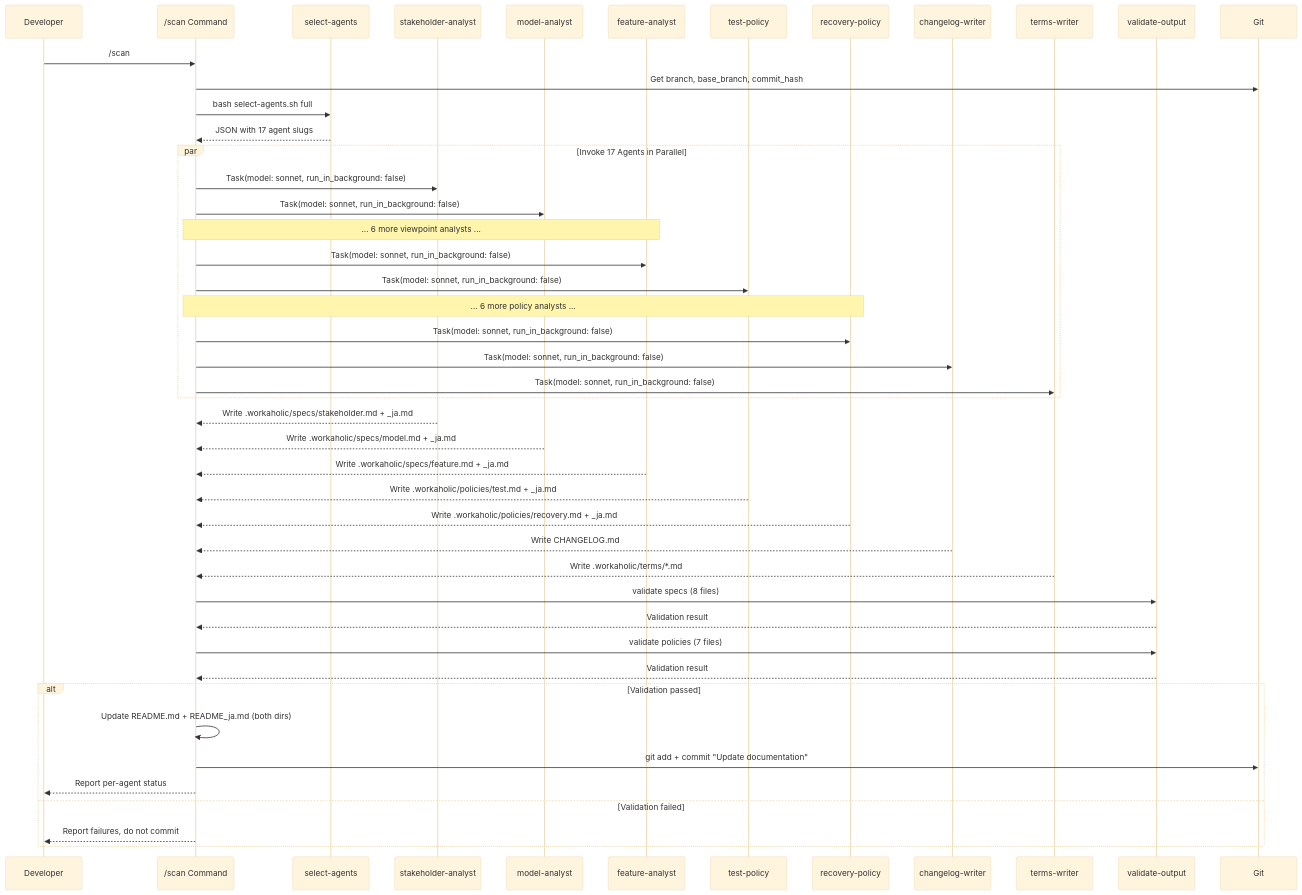
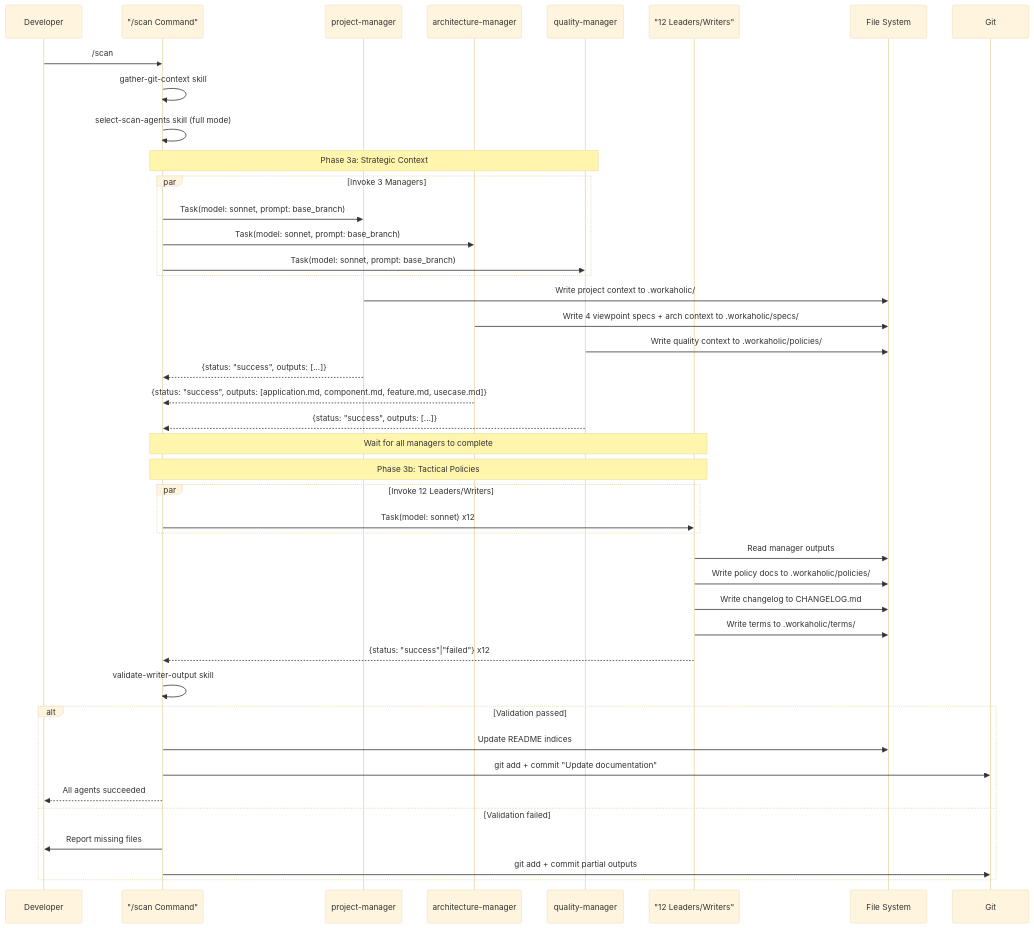
One commit to qmu/workaholic changed the third of 6 diagrams in .workaholic/specs/usecase.md. Above: the diagram before and after it, drawn with Mermaid (base theme). The commit also changed other lines of this file and 36 other files, not shown here.

````diff
--- a/.workaholic/specs/usecase.md
+++ b/.workaholic/specs/usecase.md
@@ -241,53 +281,56 @@
 ```mermaid
 sequenceDiagram
     participant Dev as Developer
-    participant Cmd as /scan Command
-    participant SA as select-agents
-    participant V1 as stakeholder-analyst
-    participant V2 as model-analyst
-    participant V8 as feature-analyst
-    participant P1 as test-policy
-    participant P7 as recovery-policy
-    participant CW as changelog-writer
-    participant TW as terms-writer
-    participant Val as validate-output
+    participant Cmd as "/scan Command"
+    participant PM as project-manager
+    participant AM as architecture-manager
+    participant QM as quality-manager
+    participant Leaders as "12 Leaders/Writers"
+    participant FS as File System
     participant Git as Git
 
     Dev->>Cmd: /scan
-    Cmd->>Git: Get branch, base_branch, commit_hash
-    Cmd->>SA: bash select-agents.sh full
-    SA-->>Cmd: JSON with 17 agent slugs
+    Cmd->>Cmd: gather-git-context skill
+    Cmd->>Cmd: select-scan-agents skill (full mode)
 
-    par Invoke 17 Agents in Parallel
-        Cmd->>V1: Task(model: sonnet, run_in_background: false)
-        Cmd->>V2: Task(model: sonnet, run_in_background: false)
-        Note over Cmd,V8: ... 6 more viewpoint analysts ...
-        Cmd->>V8: Task(model: sonnet, run_in_background: false)
-        Cmd->>P1: Task(model: sonnet, run_in_background: false)
-        Note over Cmd,P7: ... 6 more policy analysts ...
-        Cmd->>P7: Task(model: sonnet, run_in_background: false)
-        Cmd->>CW: Task(model: sonnet, run_in_background: false)
-        Cmd->>TW: Task(model: sonnet, run_in_background: false)
+    Note over Cmd,QM: Phase 3a: Strategic Context
+
+    par Invoke 3 Managers
+        Cmd->>PM: Task(model: sonnet, prompt: base_branch)
+        Cmd->>AM: Task(model: sonnet, prompt: base_branch)
+        Cmd->>QM: Task(model: sonnet, prompt: base_branch)
     end
 
-    V1-->>Cmd: Write .workaholic/specs/stakeholder.md + _ja.md
-    V2-->>Cmd: Write .workaholic/specs/model.md + _ja.md
-    V8-->>Cmd: Write .workaholic/specs/feature.md + _ja.md
-    P1-->>Cmd: Write .workaholic/policies/test.md + _ja.md
-    P7-->>Cmd: Write .workaholic/policies/recovery.md + _ja.md
-    CW-->>Cmd: Write CHANGELOG.md
-    TW-->>Cmd: Write .workaholic/terms/*.md
+    PM->>FS: Write project context to .workaholic/
+    AM->>FS: Write 4 viewpoint specs + arch context to .workaholic/specs/
+    QM->>FS: Write quality context to .workaholic/policies/
 
-    Cmd->>Val: validate specs (8 files)
-    Val-->>Cmd: Validation result
-    Cmd->>Val: validate policies (7 files)
-    Val-->>Cmd: Validation result
+    PM-->>Cmd: {status: "success", outputs: [...]}
+    AM-->>Cmd: {status: "success", outputs: [application.md, component.md, feature.md, usecase.md]}
+    QM-->>Cmd: {status: "success", outputs: [...]}
 
+    Note over Cmd,Leaders: Wait for all managers to complete
+
+    Note over Cmd,Leaders: Phase 3b: Tactical Policies
+
+    par Invoke 12 Leaders/Writers
+        Cmd->>Leaders: Task(model: sonnet) x12
+    end
+
+    Leaders->>FS: Read manager outputs
+    Leaders->>FS: Write policy docs to .workaholic/policies/
+    Leaders->>FS: Write changelog to CHANGELOG.md
+    Leaders->>FS: Write terms to .workaholic/terms/
+
+    Leaders-->>Cmd: {status: "success"|"failed"} x12
+
+    Cmd->>Cmd: validate-writer-output skill
     alt Validation passed
-        Cmd->>Cmd: Update README.md + README_ja.md (both dirs)
+        Cmd->>FS: Update README indices
         Cmd->>Git: git add + commit "Update documentation"
-        Cmd-->>Dev: Report per-agent status
+        Cmd-->>Dev: All agents succeeded
     else Validation failed
-        Cmd-->>Dev: Report failures, do not commit
+        Cmd->>Dev: Report missing files
+        Cmd->>Git: git add + commit partial outputs
     end
 ```
````
